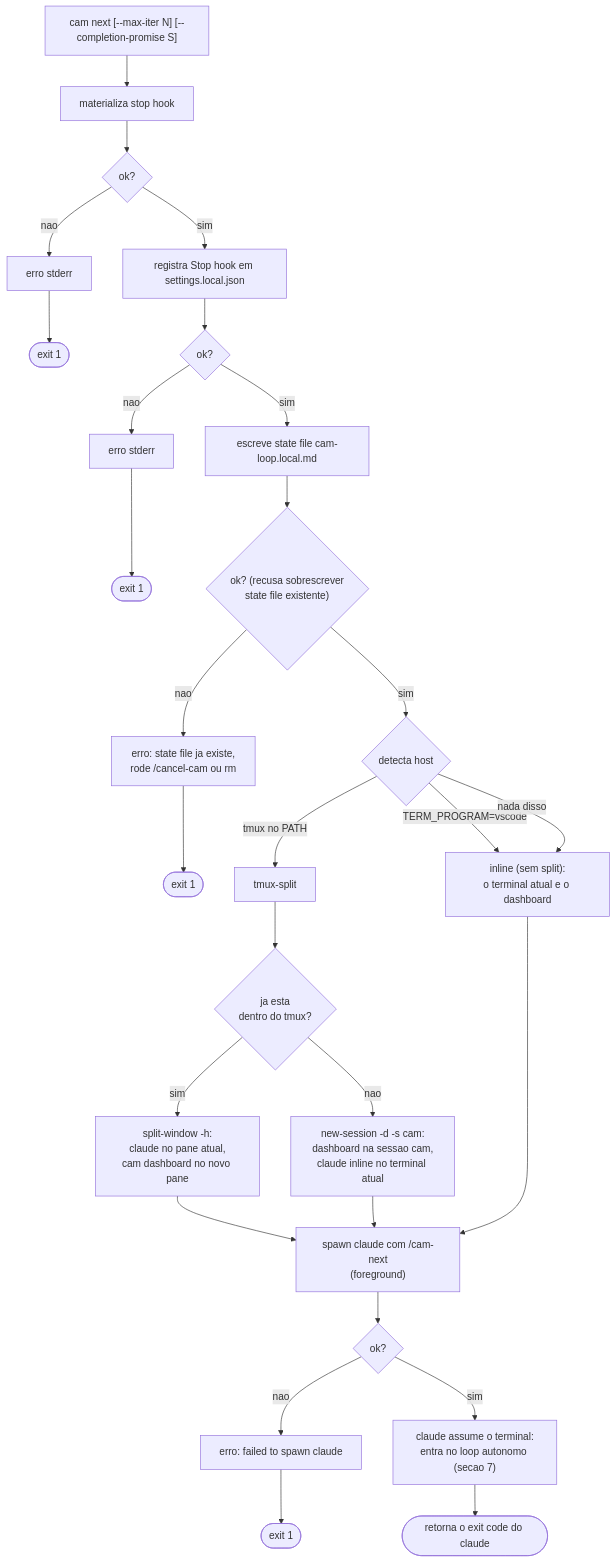
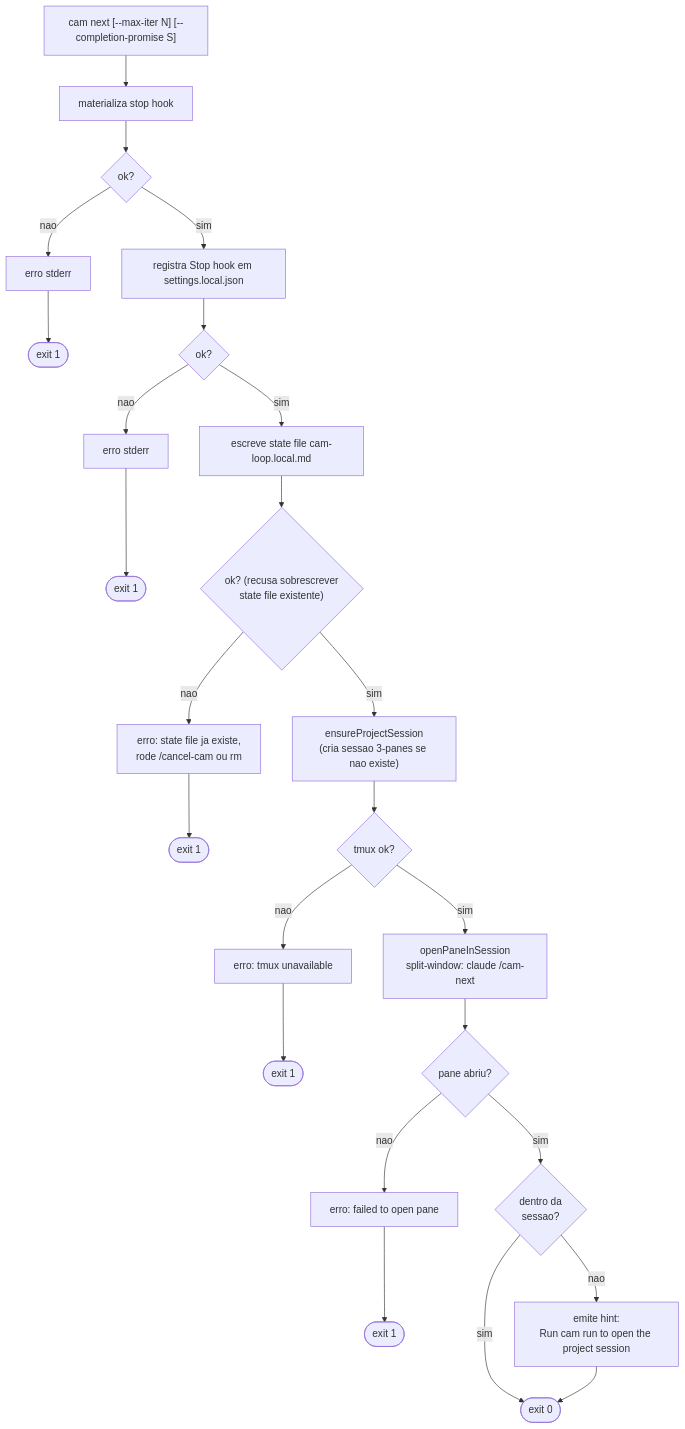
One commit to eduardocaminha/cam-cli changed the fifth of 10 diagrams in FLOW.md. Above: the diagram before and after it, drawn with Mermaid. The commit also changed other lines of this file and 2 other files, not shown here.

Commit message:
docs: US-009 - Docs reflect the new single-session model

````diff
--- a/FLOW.md
+++ b/FLOW.md
@@ -170,29 +208,24 @@
 ```mermaid
 flowchart TD
     A["cam next [--max-iter N] [--completion-promise S]"] --> H1["materializa stop hook"]
     H1 --> H1OK{ok?}
     H1OK -->|nao| F1["erro stderr"] --> E1(["exit 1"])
     H1OK -->|sim| H2["registra Stop hook em settings.local.json"]
     H2 --> H2OK{ok?}
     H2OK -->|nao| F2["erro stderr"] --> E2(["exit 1"])
     H2OK -->|sim| H3["escreve state file cam-loop.local.md"]
     H3 --> H3OK{"ok? (recusa sobrescrever<br/>state file existente)"}
     H3OK -->|nao| F3["erro: state file ja existe,<br/>rode /cancel-cam ou rm"] --> E3(["exit 1"])
 
-    H3OK -->|sim| HOST{"detecta host"}
-    HOST -->|"TERM_PROGRAM=vscode"| INLINE
-    HOST -->|"tmux no PATH"| SPLIT
-    HOST -->|"nada disso"| INLINE
+    H3OK -->|sim| SESSION["ensureProjectSession<br/>(cria sessao 3-panes se nao existe)"]
+    SESSION --> TMUXOK{"tmux ok?"}
+    TMUXOK -->|nao| FERR["erro: tmux unavailable"] --> EERR(["exit 1"])
+    TMUXOK -->|sim| PANE["openPaneInSession<br/>split-window: claude /cam-next"]
+    PANE --> PANEOK{"pane abriu?"}
+    PANEOK -->|nao| FERR2["erro: failed to open pane"] --> EERR2(["exit 1"])
 
-    SPLIT["tmux-split"] --> INTMUX{"ja esta<br/>dentro do tmux?"}
-    INTMUX -->|sim| S1["split-window -h:<br/>claude no pane atual,<br/>cam dashboard no novo pane"]
-    INTMUX -->|nao| S2["new-session -d -s cam:<br/>dashboard na sessao cam,<br/>claude inline no terminal atual"]
-    S1 --> SPAWNC
-    S2 --> SPAWNC
-    INLINE["inline (sem split):<br/>o terminal atual e o dashboard"] --> SPAWNC
-
-    SPAWNC["spawn claude com /cam-next<br/>(foreground)"] --> SPOK{ok?}
-    SPOK -->|nao| FC["erro: failed to spawn claude"] --> EC(["exit 1"])
-    SPOK -->|sim| LOOP["claude assume o terminal:<br/>entra no loop autonomo (secao 7)"]
-    LOOP --> RET(["retorna o exit code do claude"])
+    PANEOK -->|sim| INSIDE{"dentro da<br/>sessao?"}
+    INSIDE -->|nao| HINT["emite hint:<br/>Run cam run to open the project session"]
+    INSIDE -->|sim| E0
+    HINT --> E0(["exit 0"])
 ```
````
